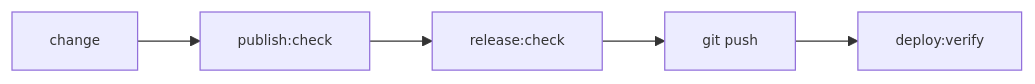
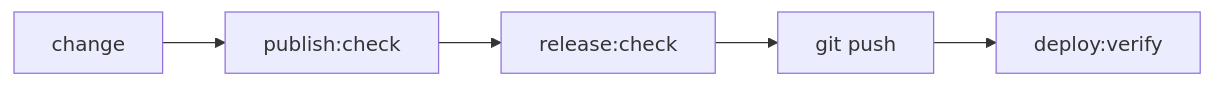
The diagram in tests/README.md (joeseverino/jseverino.com), drawn with Mermaid before and after one commit. The commit also changed 39 other files, not shown here.

````diff
--- a/tests/README.md
+++ b/tests/README.md
@@ -23,6 +23,5 @@
 ```mermaid
+%%{init: { "htmlLabels": false } }%%
 graph LR
     A["change"] --> B["publish:check"] --> C["release:check"] --> D["git push"] --> E["deploy:verify"]
-
-    classDef default font-size:11px;
 ```
````
